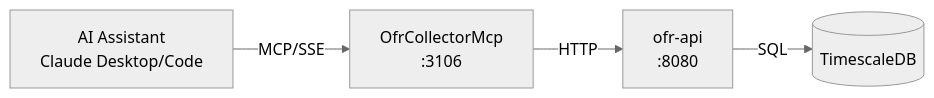
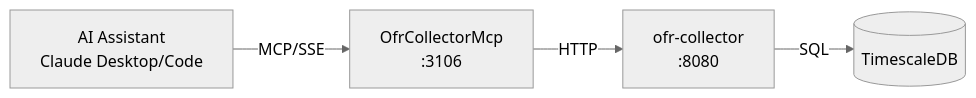
The diagram in OfrCollectorMcp/README.md (jpansarasa/ATLAS-Docs), drawn with Mermaid (neutral theme) before and after one commit. The commit also changed other lines of this file and 22 other files, not shown here.

````diff
--- a/OfrCollectorMcp/README.md
+++ b/OfrCollectorMcp/README.md
@@ -11,6 +11,6 @@
 ```mermaid
 flowchart LR
     AI[AI Assistant<br/>Claude Desktop/Code] -->|MCP/SSE| MCP[OfrCollectorMcp<br/>:3106]
-    MCP -->|HTTP| API[ofr-api<br/>:8080]
+    MCP -->|HTTP| API[ofr-collector<br/>:8080]
     API -->|SQL| DB[(TimescaleDB)]
 ```
````
